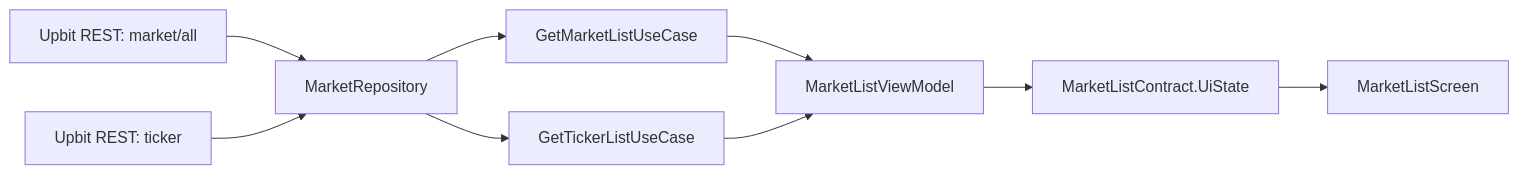
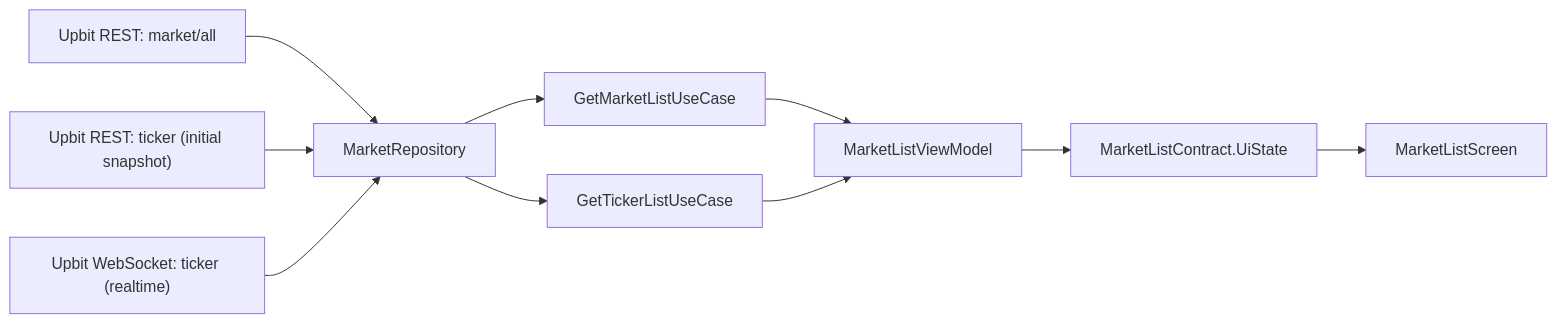
One commit to daryeou/crypto-orderbook changed the second of 3 diagrams in README.md. Above: the diagram before and after it, drawn with Mermaid. The commit also changed other lines of this file and 19 other files, not shown here.

````diff
--- a/README.md
+++ b/README.md
@@ -201,11 +201,12 @@
 ```mermaid
 graph LR
     A["Upbit REST: market/all"] --> B["MarketRepository"]
-    C["Upbit REST: ticker"] --> B
-    B --> D["GetMarketListUseCase"]
-    B --> E["GetTickerListUseCase"]
-    D --> F["MarketListViewModel"]
-    E --> F
-    F --> G["MarketListContract.UiState"]
-    G --> H["MarketListScreen"]
+    C["Upbit REST: ticker (initial snapshot)"] --> B
+    D["Upbit WebSocket: ticker (realtime)"] --> B
+    B --> E["GetMarketListUseCase"]
+    B --> F["GetTickerListUseCase"]
+    E --> G["MarketListViewModel"]
+    F --> G
+    G --> H["MarketListContract.UiState"]
+    H --> I["MarketListScreen"]
 ```
````
